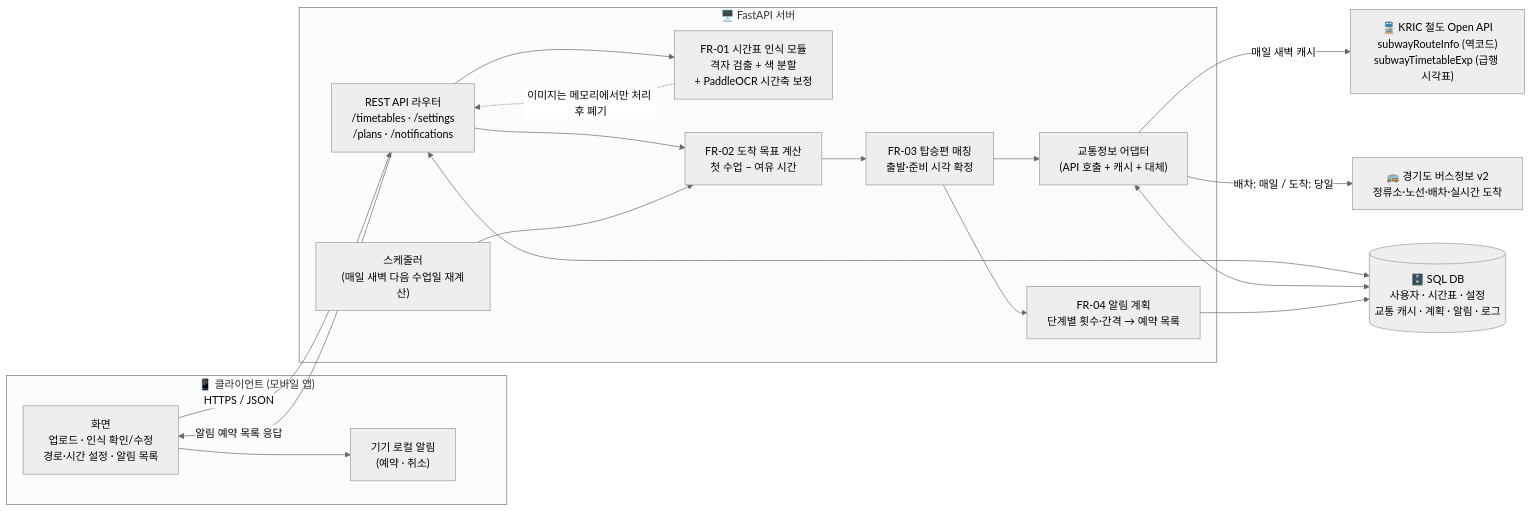
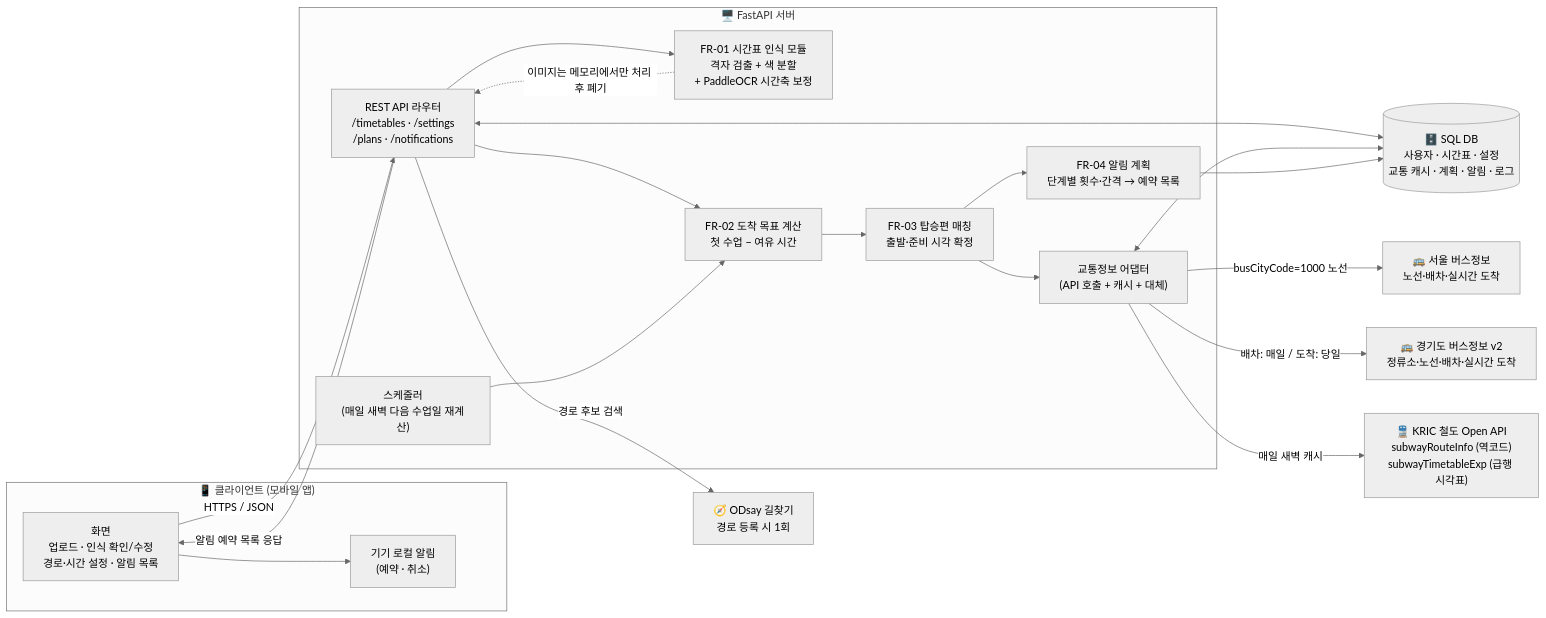
Before and after one commit to yewon51019/timetable_textps: the diagram in docs/design/diagrams/1_system_architecture.mmd, drawn with Mermaid (neutral theme). The commit also changed 9 other files, not shown here.

First line of the commit message:
교통 API v0.2: ODsay 경로 검색, 서울 버스 API, 서울/경기 분기 규칙

```diff
--- a/docs/design/diagrams/1_system_architecture.mmd
+++ b/docs/design/diagrams/1_system_architecture.mmd
@@ -1,35 +1,39 @@
 flowchart LR
   subgraph CLIENT["📱 클라이언트 (모바일 앱)"]
     UI["화면<br/>업로드 · 인식 확인/수정<br/>경로·시간 설정 · 알림 목록"]
     LN["기기 로컬 알림<br/>(예약 · 취소)"]
   end
 
   subgraph SERVER["🖥️ FastAPI 서버"]
     API["REST API 라우터<br/>/timetables · /settings<br/>/plans · /notifications"]
     OCR["FR-01 시간표 인식 모듈<br/>격자 검출 + 색 분할<br/>+ PaddleOCR 시간축 보정"]
     CALC["FR-02 도착 목표 계산<br/>첫 수업 − 여유 시간"]
     MATCH["FR-03 탑승편 매칭<br/>출발·준비 시각 확정"]
     NOTI["FR-04 알림 계획<br/>단계별 횟수·간격 → 예약 목록"]
     ADP["교통정보 어댑터<br/>(API 호출 + 캐시 + 대체)"]
     SCHED["스케줄러<br/>(매일 새벽 다음 수업일 재계산)"]
   end
 
   DB[("🗄️ SQL DB<br/>사용자 · 시간표 · 설정<br/>교통 캐시 · 계획 · 알림 · 로그")]
   KRIC["🚆 KRIC 철도 Open API<br/>subwayRouteInfo (역코드)<br/>subwayTimetableExp (급행 시각표)"]
   GG["🚌 경기도 버스정보 v2<br/>정류소·노선·배차·실시간 도착"]
+  SB["🚌 서울 버스정보<br/>노선·배차·실시간 도착"]
+  OD["🧭 ODsay 길찾기<br/>경로 등록 시 1회"]
 
   UI -- "HTTPS / JSON" --> API
   API --> OCR
   API --> CALC
   CALC --> MATCH
   MATCH --> ADP
   ADP -- "매일 새벽 캐시" --> KRIC
   ADP -- "배차: 매일 / 도착: 당일" --> GG
+  ADP -- "busCityCode=1000 노선" --> SB
+  API -- "경로 후보 검색" --> OD
   MATCH --> NOTI
   SCHED --> CALC
   OCR -. "이미지는 메모리에서만 처리 후 폐기" .-> API
   API <--> DB
   ADP <--> DB
   NOTI --> DB
   API -- "알림 예약 목록 응답" --> UI
   UI --> LN
```
